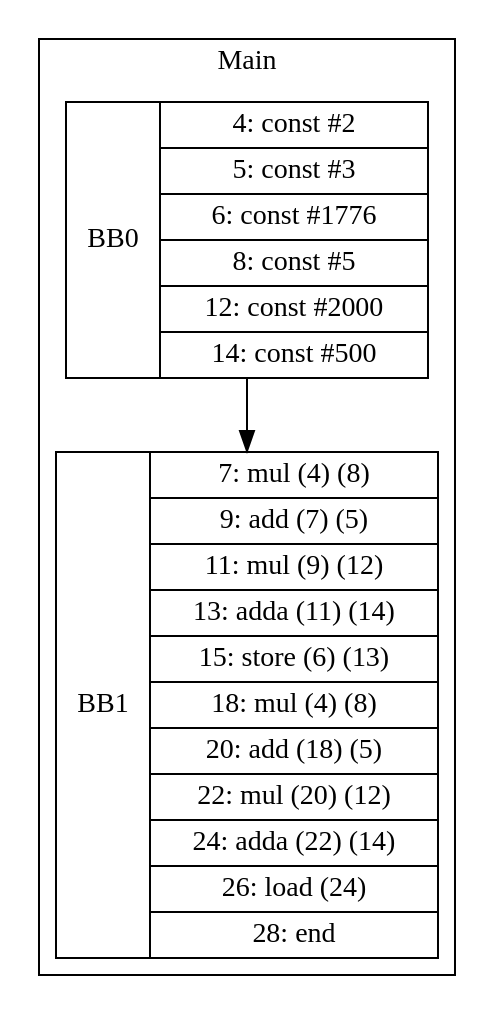
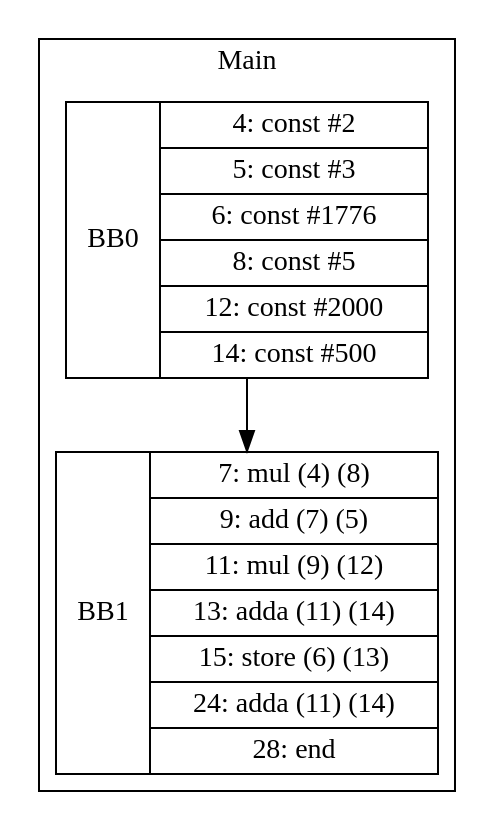
One commit to zjc664656505/UCI-CS241-Advanced-Compiler-main changed the diagram in visualization/jmcgowa/Array2_2.gv. Above: the diagram before and after it, drawn with Graphviz. The commit also changed 28 other files, not shown here.

```diff
--- a/visualization/jmcgowa/Array2_2.gv
+++ b/visualization/jmcgowa/Array2_2.gv
@@ -1,9 +1,9 @@
 digraph G {
 node [shape=record];
 subgraph cluster_main{
 label = "Main";
 BB0 [shape=record, label="<b>BB0|{4: const #2|5: const #3|6: const #1776|8: const #5|12: const #2000|14: const #500}"];
-BB1 [shape=record, label="<b>BB1|{7: mul (4) (8)|9: add (7) (5)|11: mul (9) (12)|13: adda (11) (14)|15: store (6) (13)|18: mul (4) (8)|20: add (18) (5)|22: mul (20) (12)|24: adda (22) (14)|26: load (24)|28: end}"];
+BB1 [shape=record, label="<b>BB1|{7: mul (4) (8)|9: add (7) (5)|11: mul (9) (12)|13: adda (11) (14)|15: store (6) (13)|24: adda (11) (14)|28: end}"];
 }
 BB0:s -> BB1:n ;
 }
```
